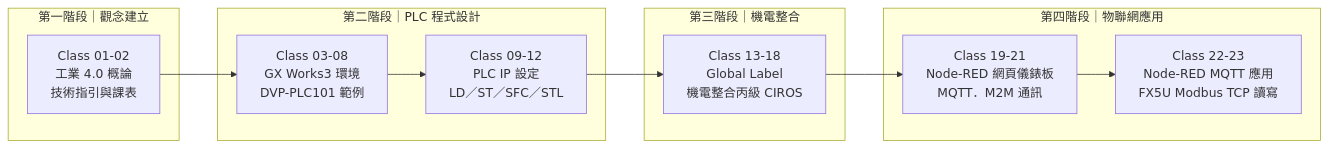
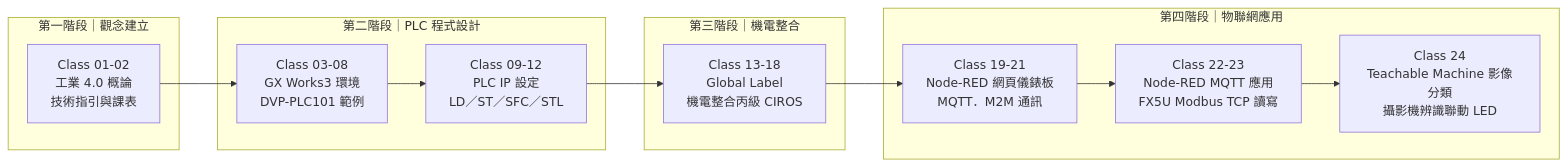
Before and after one commit to yd7148/INDUSTRY-4.0: the first of 6 diagrams in README.md, drawn with Mermaid. The commit also changed other lines of this file and 2 other files, not shown here.

First line of the commit message:
Update README, course map and timeline for Class-24

````diff
--- a/README.md
+++ b/README.md
@@ -22,18 +22,19 @@
 ```mermaid
 flowchart LR
     subgraph P1["第一階段｜觀念建立"]
         A1["Class 01-02<br/>工業 4.0 概論<br/>技術指引與課表"]
     end
     subgraph P2["第二階段｜PLC 程式設計"]
         B1["Class 03-08<br/>GX Works3 環境<br/>DVP-PLC101 範例"]
         B2["Class 09-12<br/>PLC IP 設定<br/>LD／ST／SFC／STL"]
     end
     subgraph P3["第三階段｜機電整合"]
         C1["Class 13-18<br/>Global Label<br/>機電整合丙級 CIROS"]
     end
     subgraph P4["第四階段｜物聯網應用"]
         D1["Class 19-21<br/>Node-RED 網頁儀錶板<br/>MQTT．M2M 通訊"]
         D2["Class 22-23<br/>Node-RED MQTT 應用<br/>FX5U Modbus TCP 讀寫"]
+        D3["Class 24<br/>Teachable Machine 影像分類<br/>攝影機辨識聯動 LED"]
     end
-    A1 --> B1 --> B2 --> C1 --> D1 --> D2
+    A1 --> B1 --> B2 --> C1 --> D1 --> D2 --> D3
 ```
````
